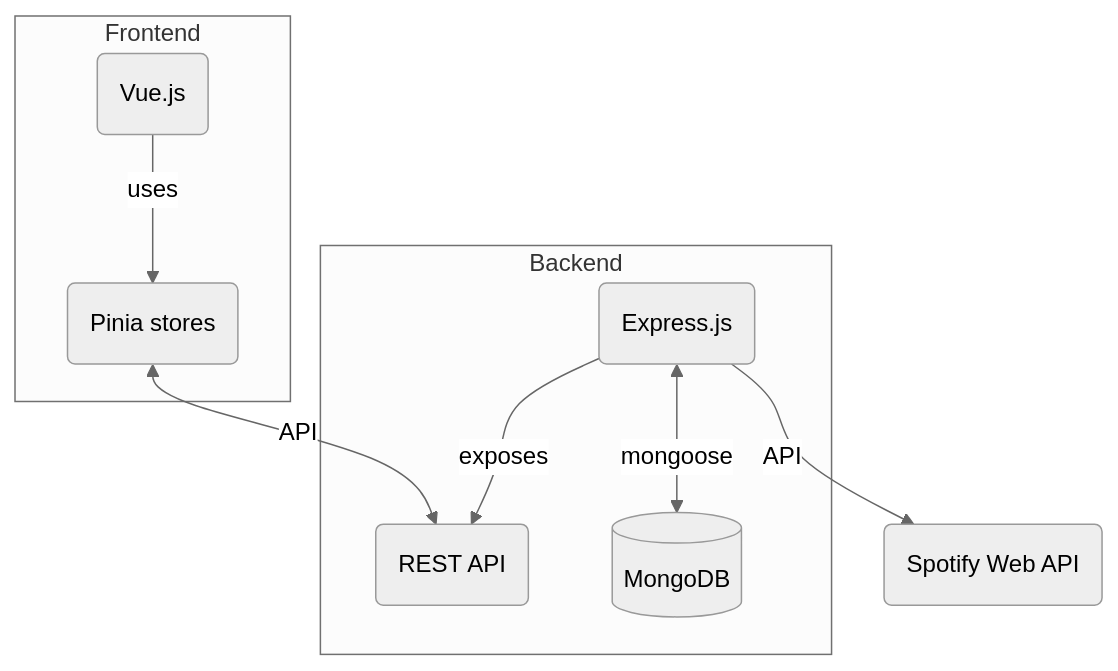
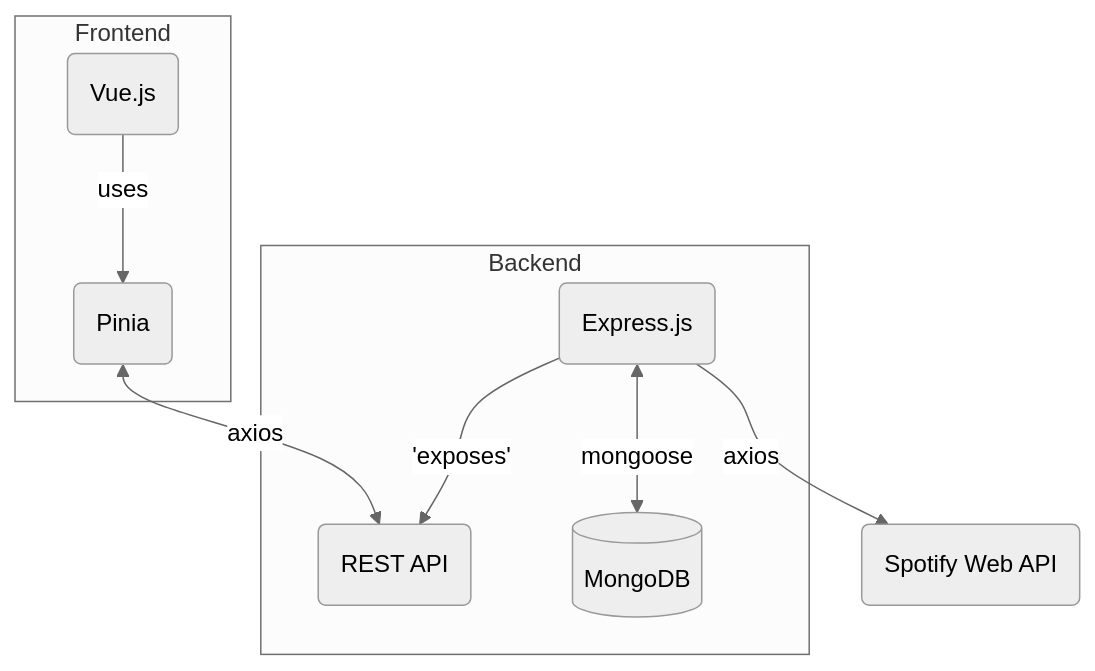
Before and after one commit to Hidan0/social-network-for-music: the diagram in RELAZIONE.md, drawn with Mermaid (neutral theme). The commit also changed other lines of this file, not shown here.

````diff
--- a/RELAZIONE.md
+++ b/RELAZIONE.md
@@ -151,12 +151,12 @@
 ```mermaid
 flowchart TD
 subgraph gbe [Backend]
-	ejs(Express.js) -- exposes --> api(REST API)
+	ejs(Express.js) -- "'exposes'" --> api(REST API)
 	ejs <--mongoose--> db[(MongoDB)]
 end
-ejs -- API --> sp(Spotify Web API)
+ejs -- axios --> sp(Spotify Web API)
 subgraph gfe [Frontend]
-	vue(Vue.js) -- uses --> p(Pinia stores)
-	p <-- API --> api
+	vue(Vue.js) -- uses --> p(Pinia)
+	p <-- axios --> api
 end
 ```
````
